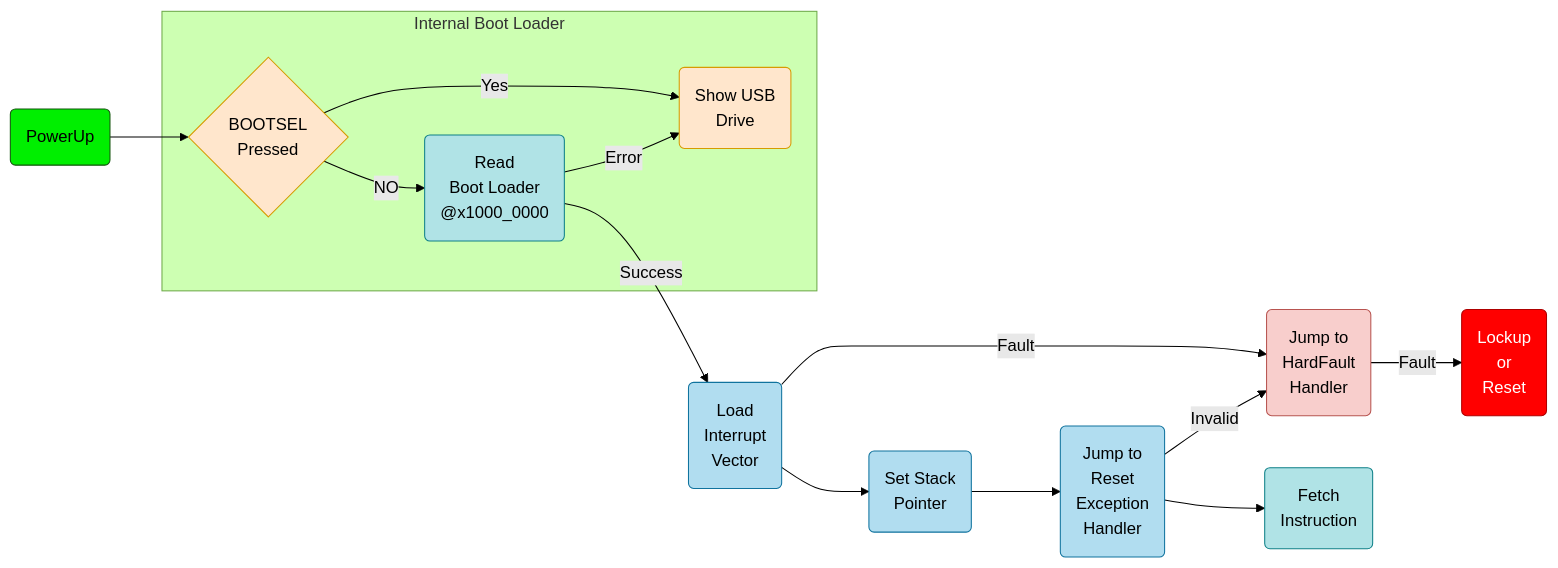
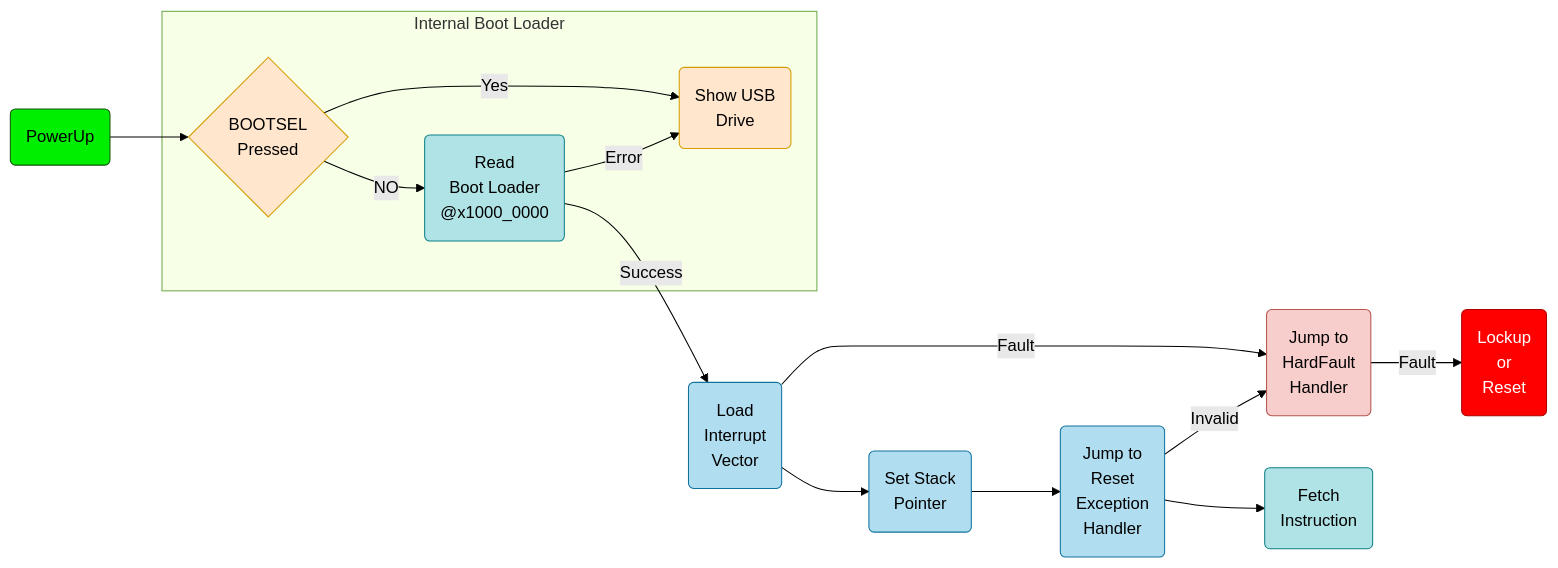
Before and after one commit to UPB-FILS-MA/upb-fils-ma.github.io: the fifth of 5 diagrams in slides/lectures/03/exceptions/slides.md, drawn with Mermaid (forest theme).

Commit message:
update rom

````diff
--- a/slides/lectures/03/exceptions/slides.md
+++ b/slides/lectures/03/exceptions/slides.md
@@ -260,45 +260,47 @@
 ```mermaid
 flowchart LR
     S(PowerUp) --> I
-    subgraph Internal Boot Loader
+    subgraph I0[Internal Boot Loader]
         I{BOOTSEL
         Pressed} -- Yes --> U
         I -- NO --> R(Read 
         Boot Loader 
         @x1000_0000)
         R -- Error --> U(Show USB 
         Drive)
     end
     R -- Success --> E2(Load
     Interrupt
     Vector)
     E2 -- Fault --> E3(Jump to 
     HardFault 
     Handler)
     E3 -- Fault --> L(Lockup
     or
     Reset)
     E2 --> S2(Set Stack 
     Pointer)
     S2 --> E(Jump to 
     Reset 
     Exception 
     Handler)
     E -- Invalid --> E3
     E --> F(Fetch 
     Instruction)
 
     classDef memory fill:#B0E3E6,stroke:#0E8088
     classDef instruction fill:#B1DDF0,stroke:#10739E
     classDef processor fill:#FFE6CC,stroke:#D79B00
     classDef exception fill:#F8CECC,stroke:#B85450
     classDef error fill:#ff0000,stroke:#ae0000,color:#ffffff
     classDef start fill:#00ef00
+    classDef rom fill:#f7ffe7
 
     class A,E,E2,S2 instruction
     class R,F memory
     class B,V,R2,I,I2,I3,H,U processor
     class L error
     class E3 exception
     class S start
+    class I0 rom
 ```
````
